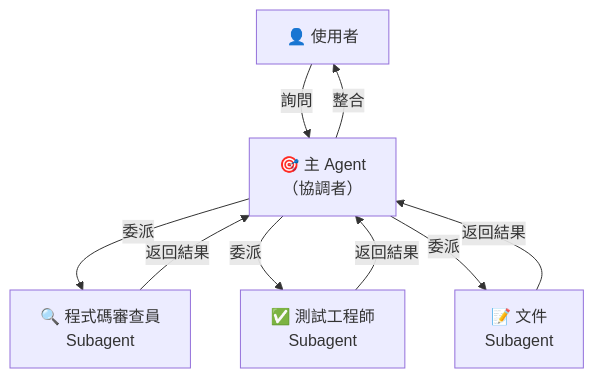
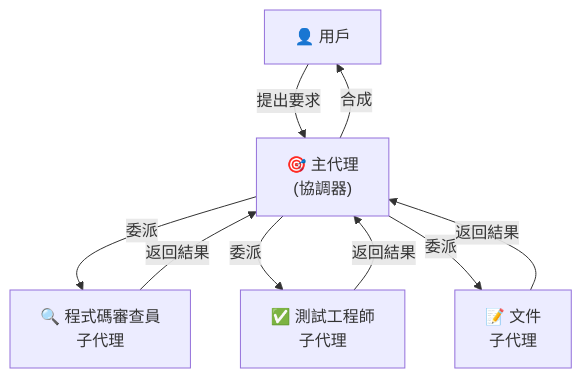
One commit to huckly/claude-howto-zh-tw changed the fourth of 22 diagrams in claude_concepts_guide.md. Above: the diagram before and after it, drawn with Mermaid. The commit also changed other lines of this file and 6 other files, not shown here.

````diff
--- a/claude_concepts_guide.md
+++ b/claude_concepts_guide.md
@@ -222,17 +211,17 @@
 ```mermaid
 graph TB
-    User["👤 使用者"]
-    Main["🎯 主 Agent<br/>（協調者）"]
-    Reviewer["🔍 程式碼審查員<br/>Subagent"]
-    Tester["✅ 測試工程師<br/>Subagent"]
-    Docs["📝 文件<br/>Subagent"]
+    User["👤 用戶"]
+    Main["🎯 主代理<br/>(協調器)"]
+    Reviewer["🔍 程式碼審查員<br/>子代理"]
+    Tester["✅ 測試工程師<br/>子代理"]
+    Docs["📝 文件<br/>子代理"]
 
-    User -->|詢問| Main
+    User -->|提出要求| Main
     Main -->|委派| Reviewer
     Main -->|委派| Tester
     Main -->|委派| Docs
     Reviewer -->|返回結果| Main
     Tester -->|返回結果| Main
     Docs -->|返回結果| Main
-    Main -->|整合| User
+    Main -->|合成| User
 ```
````
